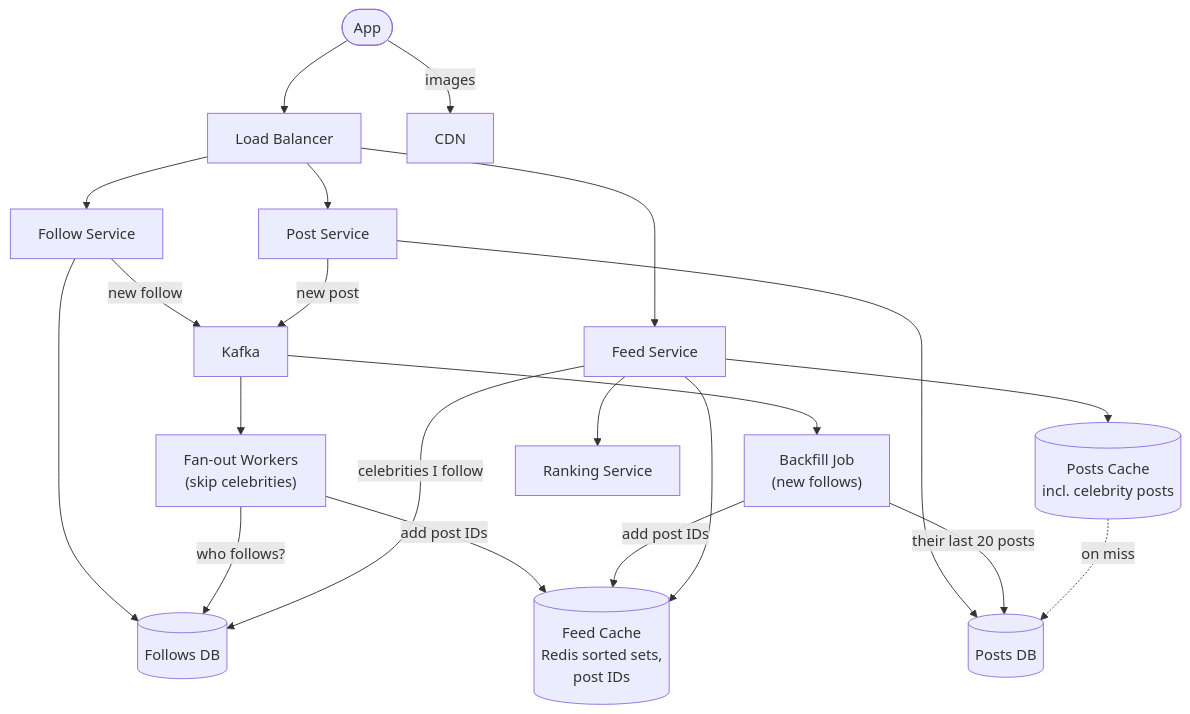
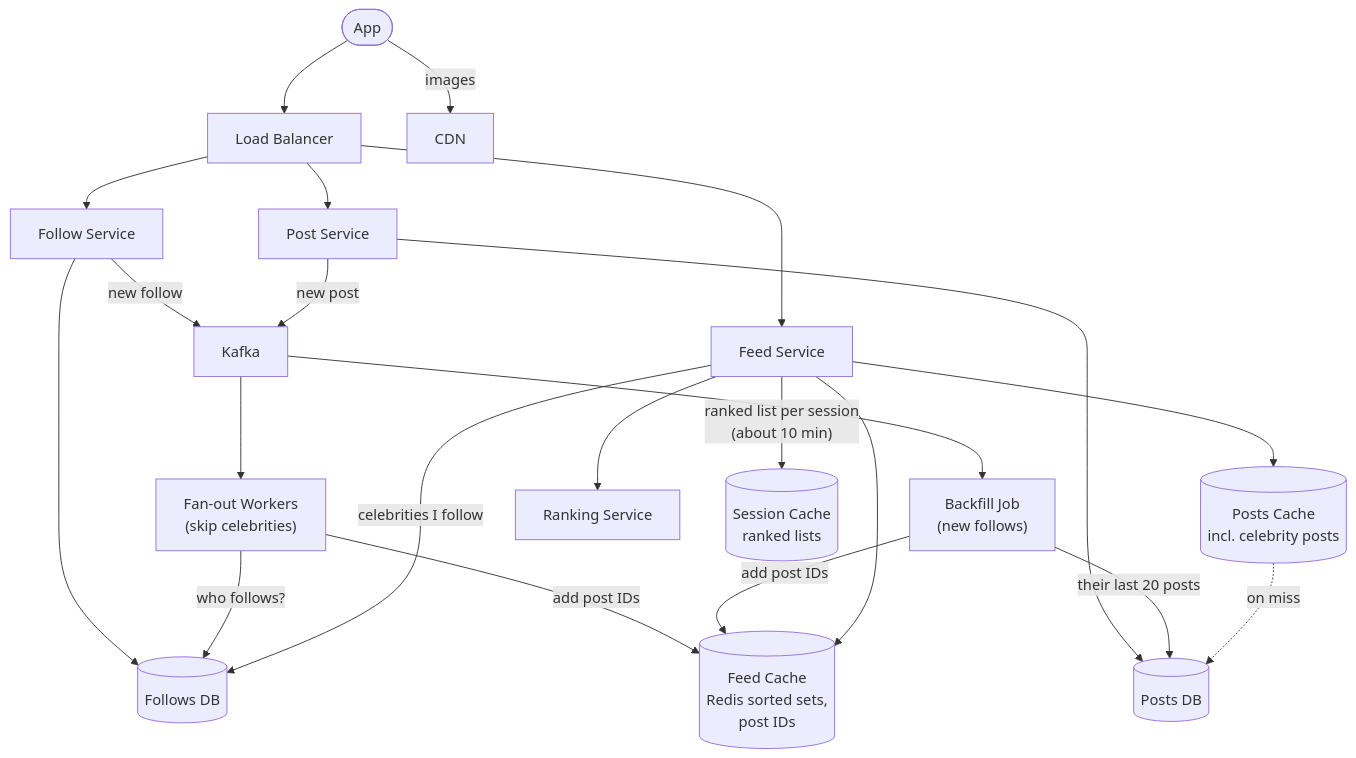
The fourth of 4 diagrams in content/system-design/questions/news-feed.mdx (iamrs77/interview-ready), drawn with Mermaid before and after one commit. The commit also changed other lines of this file and 132 other files, not shown here.

````diff
--- a/content/system-design/questions/news-feed.mdx
+++ b/content/system-design/questions/news-feed.mdx
@@ -223,23 +226,24 @@
 ```mermaid
 flowchart TB
   App(["App"]):::client --> LB["Load Balancer"]:::lb
   App -->|"images"| CDN["CDN"]:::storage
   LB --> Follow["Follow Service"]:::service
   LB --> Post["Post Service"]:::service
   LB --> Feed["Feed Service"]:::service
   Follow --> FDB[("Follows DB")]:::db
   Follow -->|"new follow"| K
   Post --> PDB[("Posts DB")]:::db
   Post -->|"new post"| K["Kafka"]:::queue
   K --> W["Fan-out Workers<br/>(skip celebrities)"]:::service
   K --> BF["Backfill Job<br/>(new follows)"]:::service
   W -->|"who follows?"| FDB
   W -->|"add post IDs"| FC[("Feed Cache<br/>Redis sorted sets,<br/>post IDs")]:::cache
   BF -->|"their last 20 posts"| PDB
   BF -->|"add post IDs"| FC
   Feed --> FC
   Feed -->|"celebrities I follow"| FDB
   Feed --> PC[("Posts Cache<br/>incl. celebrity posts")]:::cache
   Feed --> Rank["Ranking Service"]:::service
+  Feed -->|"ranked list per session<br/>(about 10 min)"| SC[("Session Cache<br/>ranked lists")]:::cache
   PC -.->|"on miss"| PDB
 ```
````
